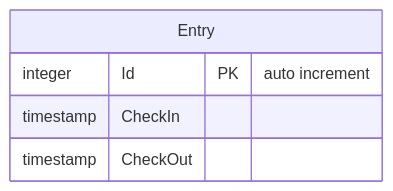
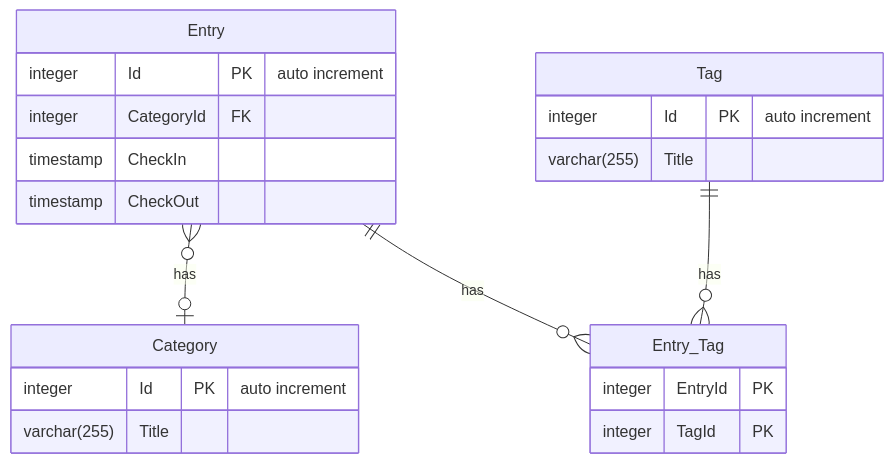
Before and after one commit to debangerter/m223-punchclock-dbangert: the third of 5 diagrams in readme.md, drawn with Mermaid.

Commit message:
ERD Update

````diff
--- a/readme.md
+++ b/readme.md
@@ -65,8 +65,28 @@
 ```mermaid
 erDiagram
     Entry {
         integer Id PK "auto increment"
+        integer CategoryId FK
         timestamp CheckIn
         timestamp CheckOut
     }
+    
+    Category {
+        integer Id PK "auto increment"
+        varchar(255) Title
+    }
+    
+    Tag {
+        integer Id PK "auto increment"
+        varchar(255) Title
+    }
+    
+    Entry_Tag {
+        integer EntryId PK
+        integer TagId PK
+    }
+    
+    Entry }o--o| Category : has
+    Entry ||--o{ Entry_Tag : has
+    Tag ||--o{ Entry_Tag : has
 ```
````
